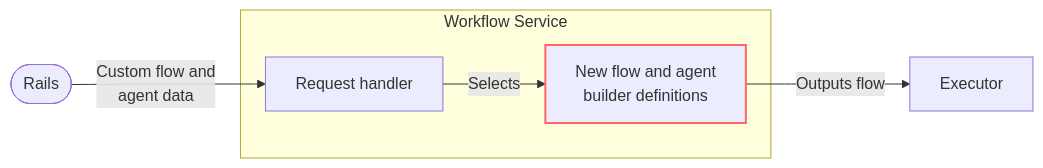
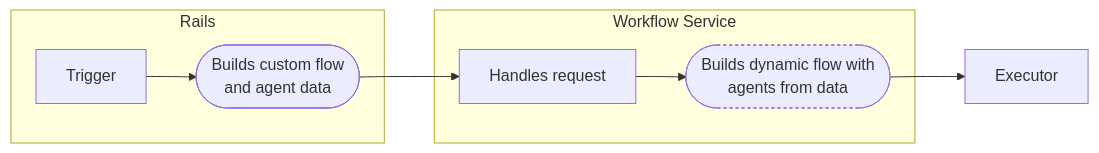
Before and after one commit to zalyoung/gitlab-handbook: the diagram in content/handbook/engineering/architecture/design-documents/duo_workflow/customization.md, drawn with Mermaid. The commit also changed other lines of this file, not shown here.

First line of the commit message:
Update based on assumptions of Agent Registry work

````diff
--- a/content/handbook/engineering/architecture/design-documents/duo_workflow/customization.md
+++ b/content/handbook/engineering/architecture/design-documents/duo_workflow/customization.md
@@ -85,13 +84,20 @@
 ```mermaid
 flowchart LR
-        style Builder stroke:#f66,stroke-width:2px
-        A(["Rails"])
+        style WSBuilder stroke-dasharray:3
+        RailsDB["Trigger"]
+        RailsAdapter(["Builds custom flow<br>and agent data"])
+        WSHandler["Handles request"]
+        WSBuilder(["Builds dynamic flow with<br>agents from data"])
+        WSExecutor["Executor"]
 
-        A -->|Custom flow and<br>agent data| D["Request handler"]
-
-        subgraph ide1 [Workflow Service]
-        D -->|Selects| Builder["New flow and agent<br>builder definitions"]
+        subgraph WS [Workflow Service]
+          WSHandler -->WSBuilder
         end
 
-        Builder -->|Outputs flow| H["Executor"]
+        subgraph Railss [Rails]
+          RailsDB --> RailsAdapter
+          RailsAdapter --> WSHandler
+        end
+
+        WSBuilder --> WSExecutor
 ```
````
